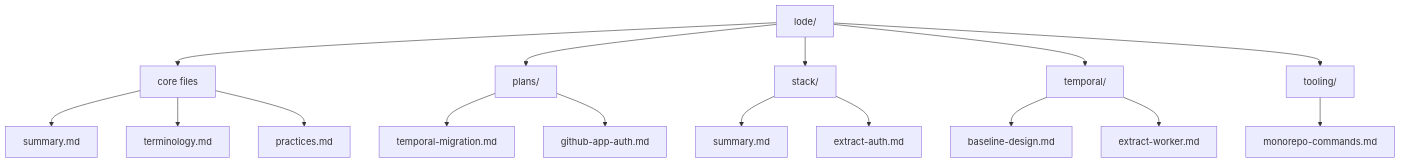
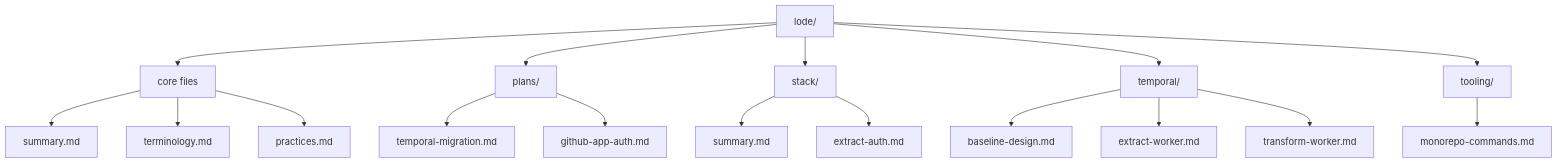
The diagram in lode/lode-map.md (dxta-dev/pipeline), drawn with Mermaid before and after one commit. The commit also changed other lines of this file and 20 other files, not shown here.

Commit message:
worker-transform

````diff
--- a/lode/lode-map.md
+++ b/lode/lode-map.md
@@ -43,18 +45,19 @@
 ```mermaid
 flowchart TD
   lode[lode/] --> core[core files]
   lode --> plans[plans/]
   lode --> stack[stack/]
   lode --> temporal[temporal/]
   lode --> tooling[tooling/]
   core --> summary[summary.md]
   core --> terminology[terminology.md]
   core --> practices[practices.md]
   plans --> migration[temporal-migration.md]
   plans --> githubAuth[github-app-auth.md]
   stack --> stackSummary[summary.md]
   stack --> stackAuth[extract-auth.md]
   tooling --> commands[monorepo-commands.md]
   temporal --> baseline[baseline-design.md]
   temporal --> extractWorker[extract-worker.md]
+  temporal --> transformWorker[transform-worker.md]
 ```
````
